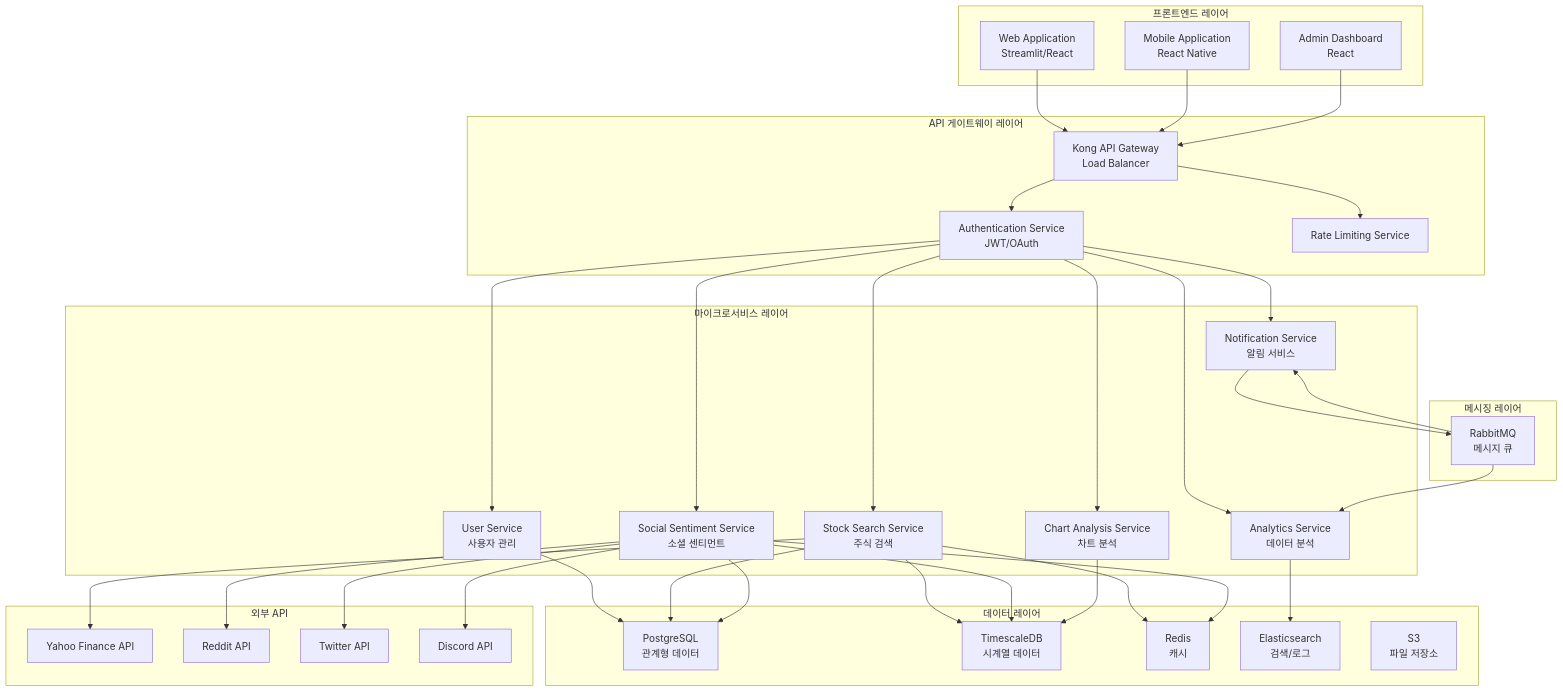
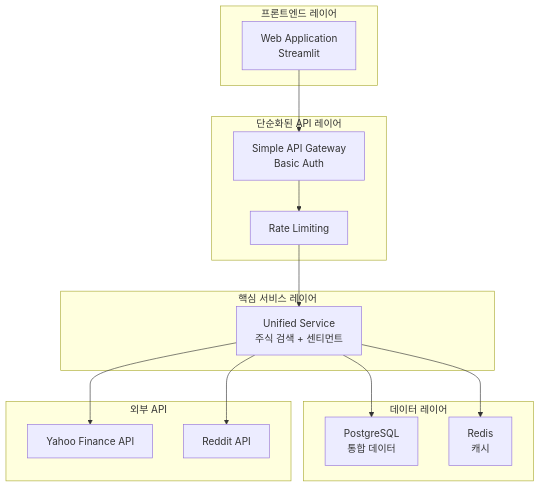
Before and after one commit to ftfuture/InsiteChart: the first of 3 diagrams in docs/spec/02-system-architecture.md, drawn with Mermaid. The commit also changed other lines of this file and 316 other files, not shown here.

````diff
--- a/docs/spec/02-system-architecture.md
+++ b/docs/spec/02-system-architecture.md
@@ -21,70 +21,33 @@
 ```mermaid
 graph TB
     subgraph "프론트엔드 레이어"
-        A[Web Application<br/>Streamlit/React]
-        B[Mobile Application<br/>React Native]
-        C[Admin Dashboard<br/>React]
+        A[Web Application<br/>Streamlit]
     end
     
-    subgraph "API 게이트웨이 레이어"
-        D[Kong API Gateway<br/>Load Balancer]
-        E[Authentication Service<br/>JWT/OAuth]
-        F[Rate Limiting Service]
+    subgraph "단순화된 API 레이어"
+        B[Simple API Gateway<br/>Basic Auth]
+        C[Rate Limiting]
     end
     
-    subgraph "마이크로서비스 레이어"
-        G[User Service<br/>사용자 관리]
-        H[Stock Search Service<br/>주식 검색]
-        I[Social Sentiment Service<br/>소셜 센티먼트]
-        J[Chart Analysis Service<br/>차트 분석]
-        K[Notification Service<br/>알림 서비스]
-        L[Analytics Service<br/>데이터 분석]
+    subgraph "핵심 서비스 레이어"
+        D[Unified Service<br/>주식 검색 + 센티먼트]
     end
     
     subgraph "데이터 레이어"
-        M[PostgreSQL<br/>관계형 데이터]
-        N[TimescaleDB<br/>시계열 데이터]
-        O[Redis<br/>캐시]
-        P[Elasticsearch<br/>검색/로그]
-        Q[S3<br/>파일 저장소]
-    end
-    
-    subgraph "메시징 레이어"
-        R[RabbitMQ<br/>메시지 큐]
+        E[PostgreSQL<br/>통합 데이터]
+        F[Redis<br/>캐시]
     end
     
     subgraph "외부 API"
-        S[Yahoo Finance API]
-        T[Reddit API]
-        U[Twitter API]
-        V[Discord API]
+        G[Yahoo Finance API]
+        H[Reddit API]
     end
     
-    A --> D
-    B --> D
+    A --> B
+    B --> C
     C --> D
     D --> E
     D --> F
-    E --> G
-    E --> H
-    E --> I
-    E --> J
-    E --> K
-    E --> L
-    G --> M
-    H --> M
-    H --> N
-    H --> O
-    I --> M
-    I --> N
-    I --> O
-    J --> N
-    K --> R
-    L --> P
-    H --> S
-    I --> T
-    I --> U
-    I --> V
-    R --> K
-    R --> L
+    D --> G
+    D --> H
 ```
````
